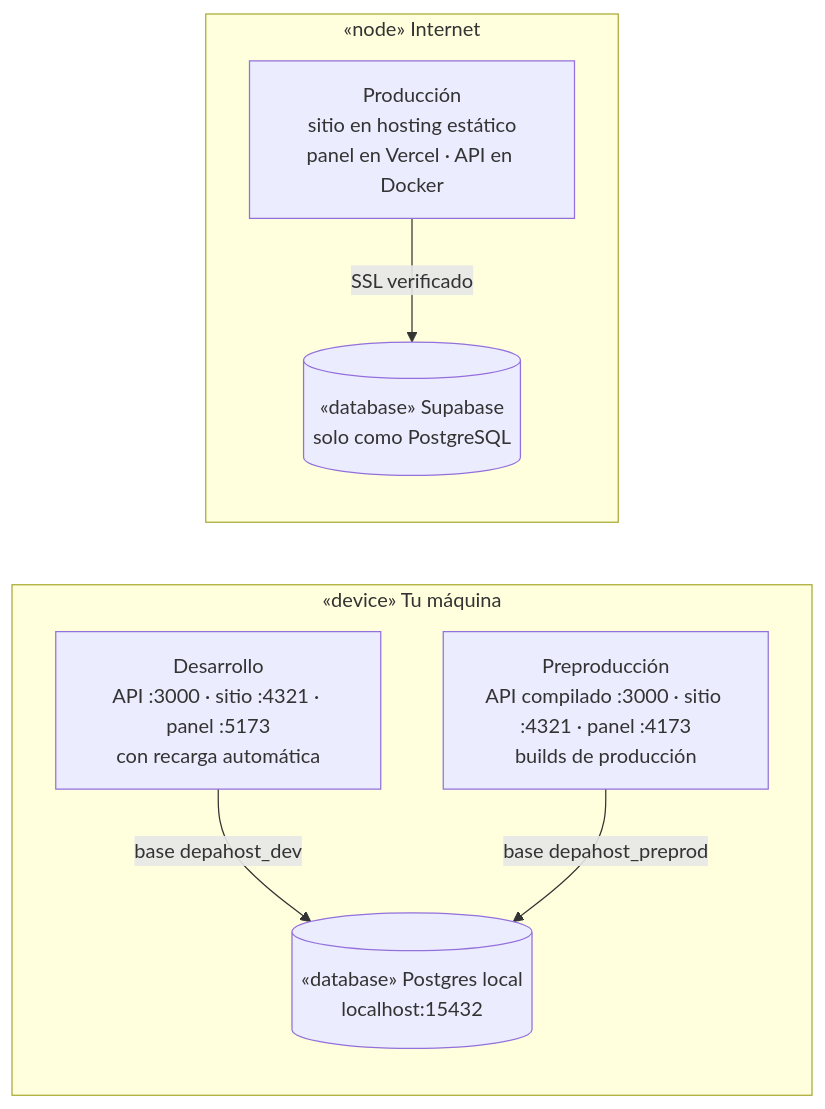
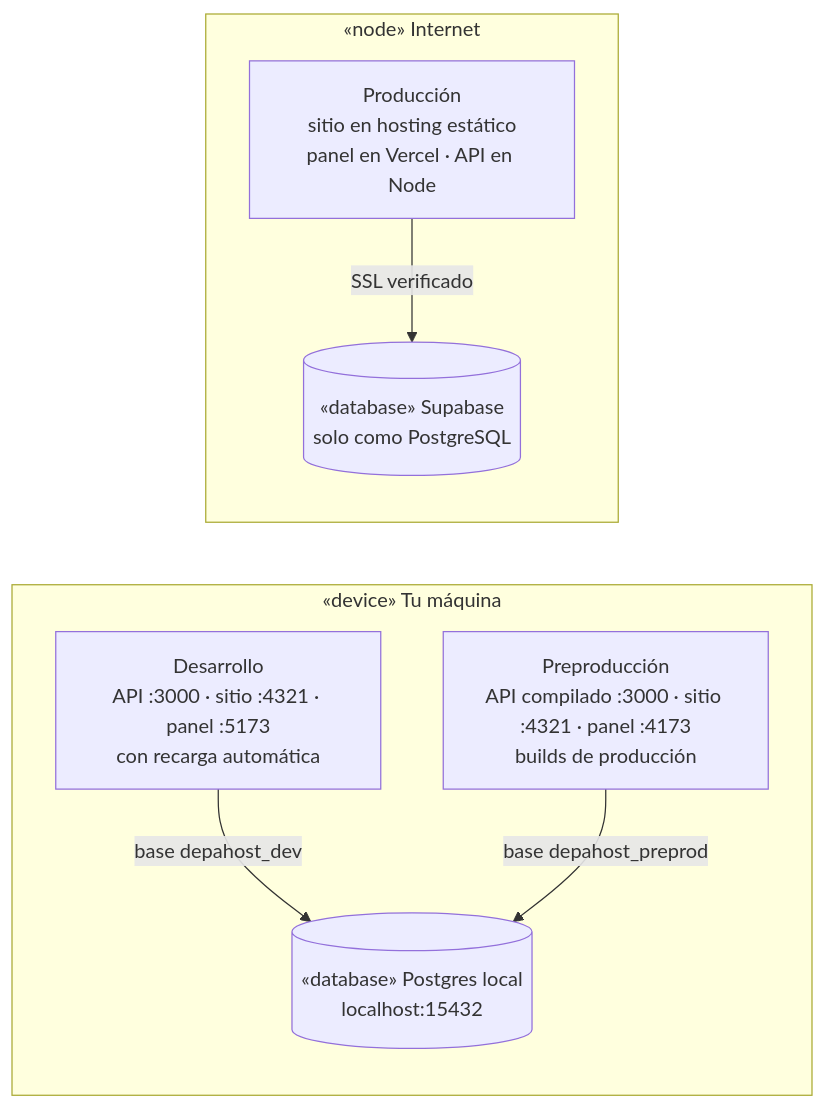
One commit to samirharrytl/DHC_landing changed the first of 6 diagrams in docs/plataforma/06-desarrollo-y-operacion.md. Above: the diagram before and after it, drawn with Mermaid. The commit also changed other lines of this file and 2 other files, not shown here.

First line of the commit message:
Quita Docker: el API se publica como app de Node

````diff
--- a/docs/plataforma/06-desarrollo-y-operacion.md
+++ b/docs/plataforma/06-desarrollo-y-operacion.md
@@ -32,15 +32,15 @@
 ```mermaid
 flowchart LR
     subgraph Local["«device» Tu máquina"]
         PG[("«database» Postgres local<br/>localhost:15432")]
         DEV["Desarrollo<br/>API :3000 · sitio :4321 · panel :5173<br/>con recarga automática"]
         PRE["Preproducción<br/>API compilado :3000 · sitio :4321 · panel :4173<br/>builds de producción"]
         DEV -- "base depahost_dev" --> PG
         PRE -- "base depahost_preprod" --> PG
     end
     subgraph Nube["«node» Internet"]
-        PROD["Producción<br/>sitio en hosting estático<br/>panel en Vercel · API en Docker"]
+        PROD["Producción<br/>sitio en hosting estático<br/>panel en Vercel · API en Node"]
         SB[("«database» Supabase<br/>solo como PostgreSQL")]
         PROD -- "SSL verificado" --> SB
     end
 ```
````
